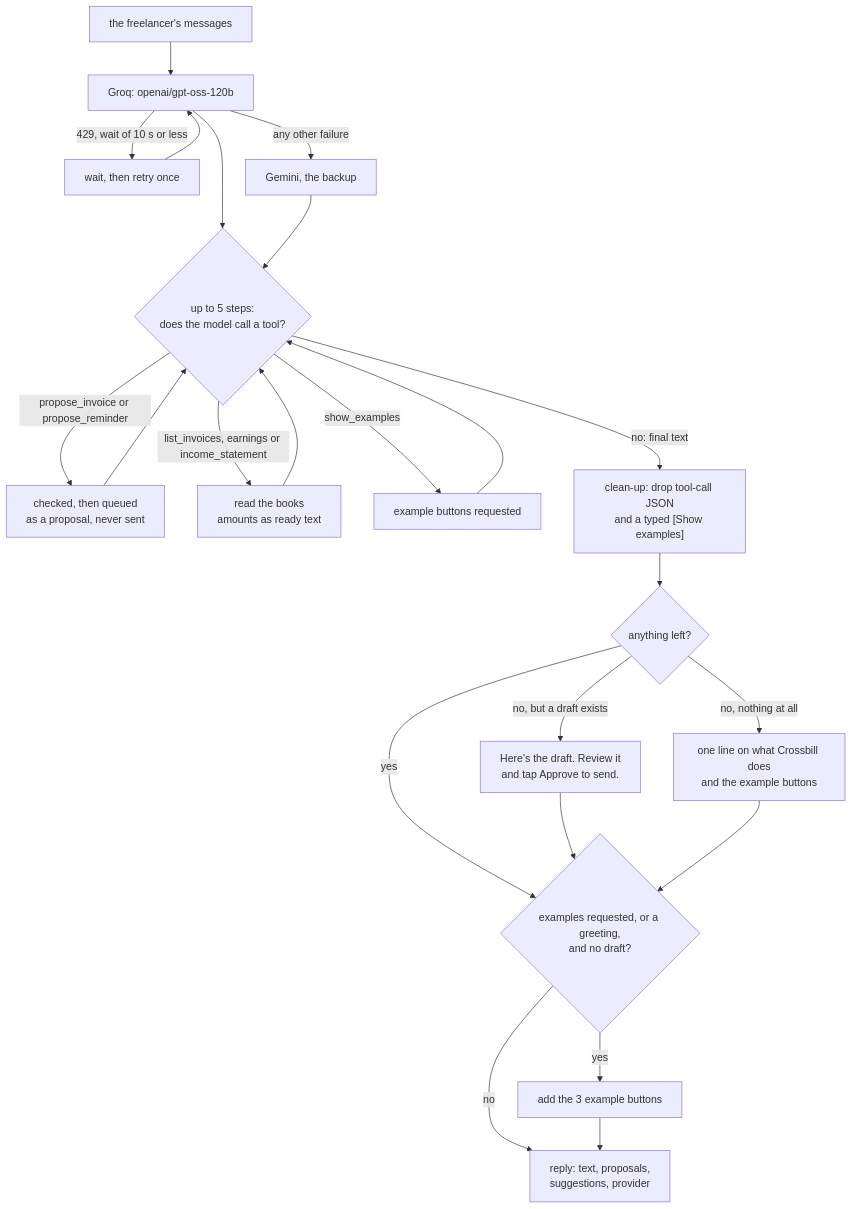
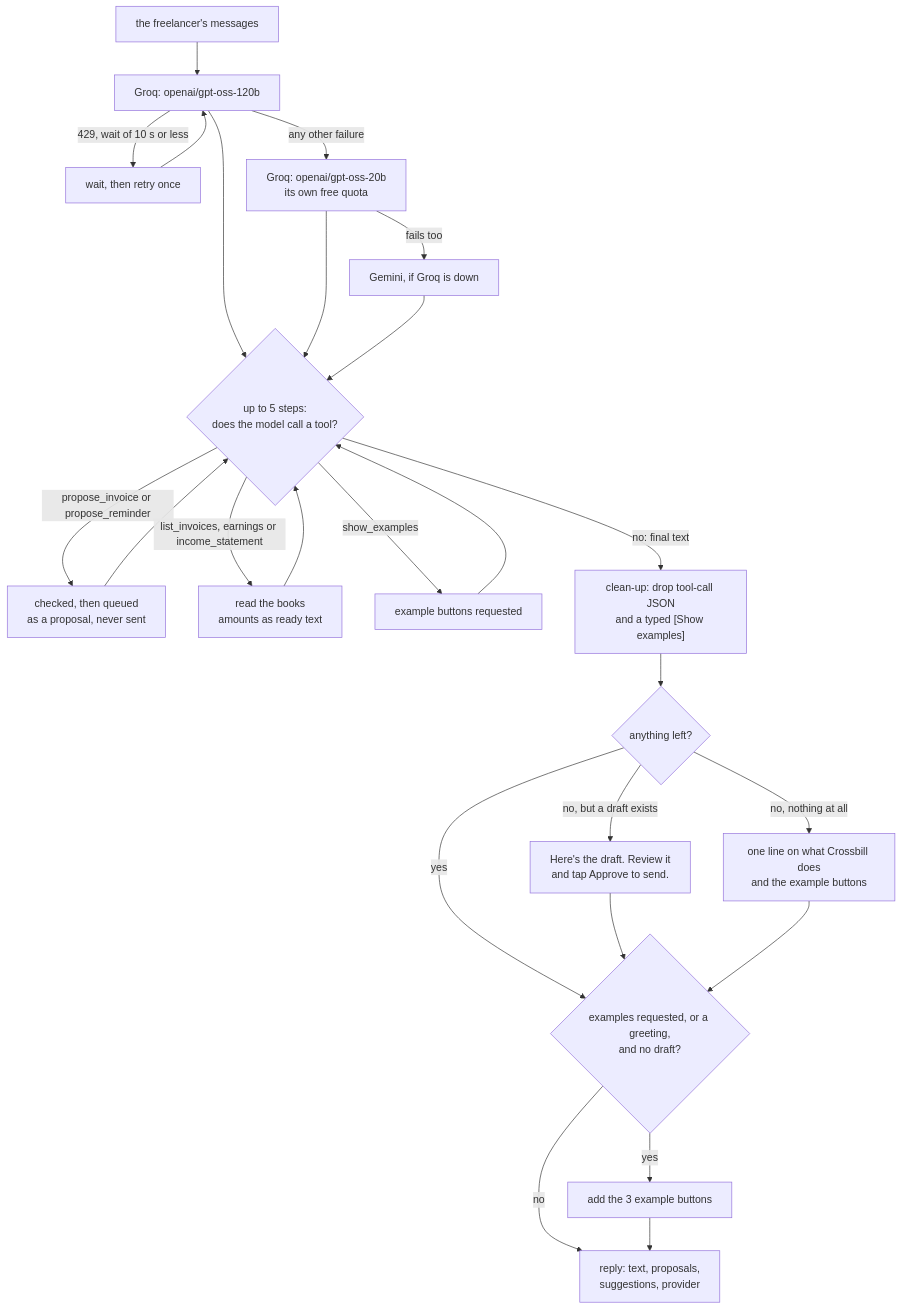
Before and after one commit to lindani11/crossbill-agent: the ninth of 13 diagrams in docs/ARCHITECTURE.md, drawn with Mermaid. The commit also changed other lines of this file and 4 other files, not shown here.

````diff
--- a/docs/ARCHITECTURE.md
+++ b/docs/ARCHITECTURE.md
@@ -503,26 +507,28 @@
 ```mermaid
 flowchart TD
   IN["the freelancer's messages"] --> GROQ["Groq: openai/gpt-oss-120b"]
   GROQ -->|"429, wait of 10 s or less"| WAIT["wait, then retry once"]
   WAIT --> GROQ
-  GROQ -->|"any other failure"| GEM["Gemini, the backup"]
+  GROQ -->|"any other failure"| SMALL["Groq: openai/gpt-oss-20b<br/>its own free quota"]
+  SMALL -->|"fails too"| GEM["Gemini, if Groq is down"]
   GROQ --> STEP{"up to 5 steps:<br/>does the model call a tool?"}
+  SMALL --> STEP
   GEM --> STEP
   STEP -->|"propose_invoice or propose_reminder"| QUEUE["checked, then queued<br/>as a proposal, never sent"]
   STEP -->|"list_invoices, earnings or income_statement"| READ["read the books<br/>amounts as ready text"]
   STEP -->|"show_examples"| EXQ["example buttons requested"]
   QUEUE --> STEP
   READ --> STEP
   EXQ --> STEP
   STEP -->|"no: final text"| CLEAN["clean-up: drop tool-call JSON<br/>and a typed [Show examples]"]
   CLEAN --> EMPTY{"anything left?"}
   EMPTY -->|"no, but a draft exists"| T1["Here's the draft. Review it<br/>and tap Approve to send."]
   EMPTY -->|"no, nothing at all"| T2["one line on what Crossbill does<br/>and the example buttons"]
   EMPTY -->|yes| SUG
   T1 --> SUG
   T2 --> SUG
   SUG{"examples requested, or a greeting,<br/>and no draft?"}
   SUG -->|yes| BTN["add the 3 example buttons"]
   SUG -->|no| OUT["reply: text, proposals,<br/>suggestions, provider"]
   BTN --> OUT
 ```
````
